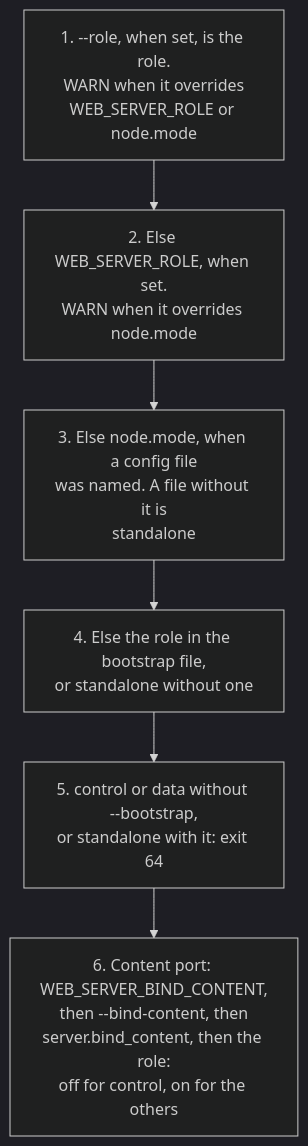
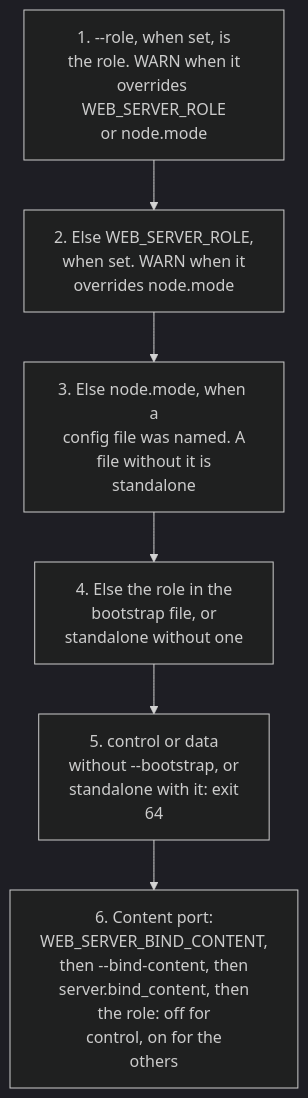
One commit to BlivionIaG/sjws_nettask changed the diagram in docs/operations/control-plane-service.md. Above: the diagram before and after it, drawn with Mermaid (dark theme). The commit also changed 8 other files, not shown here.

First line of the commit message:
docs: re-wrap long diagram labels so words do not orphan

````diff
--- a/docs/operations/control-plane-service.md
+++ b/docs/operations/control-plane-service.md
@@ -79,8 +79,8 @@
 ```mermaid
 flowchart TD
-    s1["1. --role, when set, is the role.<br/>WARN when it overrides<br/>WEB_SERVER_ROLE or node.mode"] --> s2["2. Else WEB_SERVER_ROLE, when set.<br/>WARN when it overrides node.mode"]
-    s2 --> s3["3. Else node.mode, when a config file<br/>was named. A file without it is<br/>standalone"]
-    s3 --> s4["4. Else the role in the bootstrap file,<br/>or standalone without one"]
-    s4 --> s5["5. control or data without --bootstrap,<br/>or standalone with it: exit 64"]
-    s5 --> s6["6. Content port: WEB_SERVER_BIND_CONTENT,<br/>then --bind-content, then<br/>server.bind_content, then the role:<br/>off for control, on for the others"]
+    s1["1. --role, when set, is<br/>the role. WARN when it<br/>overrides WEB_SERVER_ROLE<br/>or node.mode"] --> s2["2. Else WEB_SERVER_ROLE,<br/>when set. WARN when it<br/>overrides node.mode"]
+    s2 --> s3["3. Else node.mode, when a<br/>config file was named. A<br/>file without it is<br/>standalone"]
+    s3 --> s4["4. Else the role in the<br/>bootstrap file, or<br/>standalone without one"]
+    s4 --> s5["5. control or data<br/>without --bootstrap, or<br/>standalone with it: exit<br/>64"]
+    s5 --> s6["6. Content port:<br/>WEB_SERVER_BIND_CONTENT,<br/>then --bind-content, then<br/>server.bind_content, then<br/>the role: off for<br/>control, on for the<br/>others"]
 ```
````
